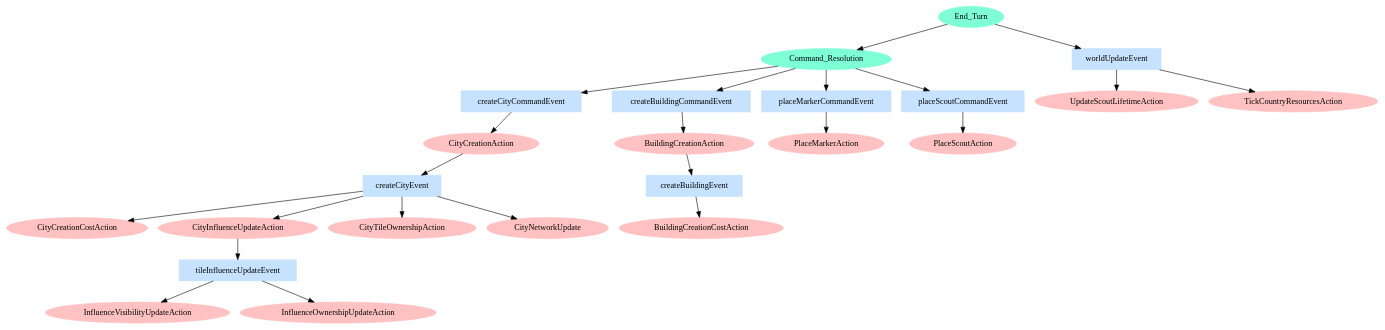
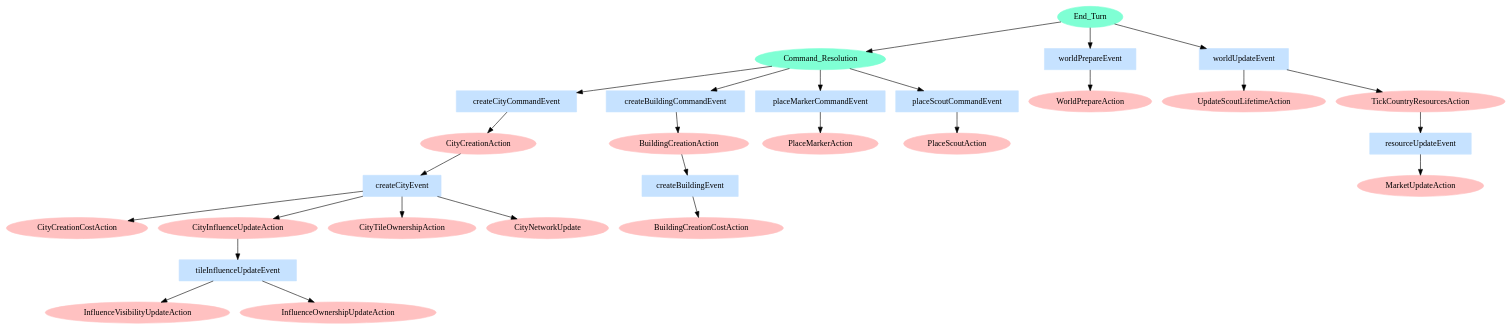
The diagram in strategy-game-backend/src/main/kotlin/de/ruegnerlukas/strategygame/backend/core/actions/events/flow.puml (SMILEY4/strategy-game), drawn with PlantUML before and after one commit. The commit also changed 18 other files, not shown here.

```diff
--- a/strategy-game-backend/src/main/kotlin/de/ruegnerlukas/strategygame/backend/core/actions/events/flow.puml
+++ b/strategy-game-backend/src/main/kotlin/de/ruegnerlukas/strategygame/backend/core/actions/events/flow.puml
@@ -1,67 +1,79 @@
 @startuml
 digraph G {
 
     End_Turn[style=filled,color=aquamarine];
     Command_Resolution[style=filled,color=aquamarine];
 
+    worldPrepareEvent[shape=box,style=filled,color=slategray1];
     worldUpdateEvent[shape=box,style=filled,color=slategray1];
     createCityCommandEvent[shape=box,style=filled,color=slategray1];
     createCityEvent[shape=box,style=filled,color=slategray1];
     createBuildingCommandEvent[shape=box,style=filled,color=slategray1];
     createBuildingEvent[shape=box,style=filled,color=slategray1];
     tileInfluenceUpdateEvent[shape=box,style=filled,color=slategray1];
     placeMarkerCommandEvent[shape=box,style=filled,color=slategray1];
     placeScoutCommandEvent[shape=box,style=filled,color=slategray1];
+    resourceUpdateEvent[shape=box,style=filled,color=slategray1];
 
+    WorldPrepareAction[style=filled,color=rosybrown1];
     CityCreationAction[style=filled,color=rosybrown1];
     CityCreationCostAction[style=filled,color=rosybrown1];
     BuildingCreationAction[style=filled,color=rosybrown1];
     BuildingCreationCostAction[style=filled,color=rosybrown1];
     CityInfluenceUpdateAction[style=filled,color=rosybrown1];
     CityTileOwnershipAction[style=filled,color=rosybrown1];
     InfluenceVisibilityUpdateAction[style=filled,color=rosybrown1];
     InfluenceOwnershipUpdateAction[style=filled,color=rosybrown1];
     PlaceMarkerAction[style=filled,color=rosybrown1];
     PlaceScoutAction[style=filled,color=rosybrown1];
     UpdateScoutLifetimeAction[style=filled,color=rosybrown1];
     TickCountryResourcesAction[style=filled,color=rosybrown1];
     CityNetworkUpdate[style=filled,color=rosybrown1];
+    MarketUpdateAction[style=filled,color=rosybrown1];
+
+    End_Turn -> worldPrepareEvent;
+    worldPrepareEvent -> WorldPrepareAction;
 
     End_Turn -> Command_Resolution;
 
     Command_Resolution -> createCityCommandEvent;
     Command_Resolution -> createBuildingCommandEvent;
     Command_Resolution -> placeMarkerCommandEvent;
     Command_Resolution -> placeScoutCommandEvent;
 
     createCityCommandEvent -> CityCreationAction;
 
     CityCreationAction -> createCityEvent;
 
     createCityEvent -> CityCreationCostAction;
     createCityEvent -> CityInfluenceUpdateAction;
     createCityEvent -> CityTileOwnershipAction;
     createCityEvent -> CityNetworkUpdate;
 
     CityInfluenceUpdateAction -> tileInfluenceUpdateEvent;
 
     tileInfluenceUpdateEvent -> InfluenceVisibilityUpdateAction;
     tileInfluenceUpdateEvent -> InfluenceOwnershipUpdateAction;
 
     createBuildingCommandEvent -> BuildingCreationAction;
 
     BuildingCreationAction -> createBuildingEvent;
 
     createBuildingEvent -> BuildingCreationCostAction;
 
     placeMarkerCommandEvent -> PlaceMarkerAction;
 
     placeScoutCommandEvent -> PlaceScoutAction;
 
     End_Turn -> worldUpdateEvent;
 
     worldUpdateEvent -> UpdateScoutLifetimeAction;
     worldUpdateEvent -> TickCountryResourcesAction;
+
+    TickCountryResourcesAction -> resourceUpdateEvent;
+
+    resourceUpdateEvent -> MarketUpdateAction;
+
 }
 
 @enduml
```
